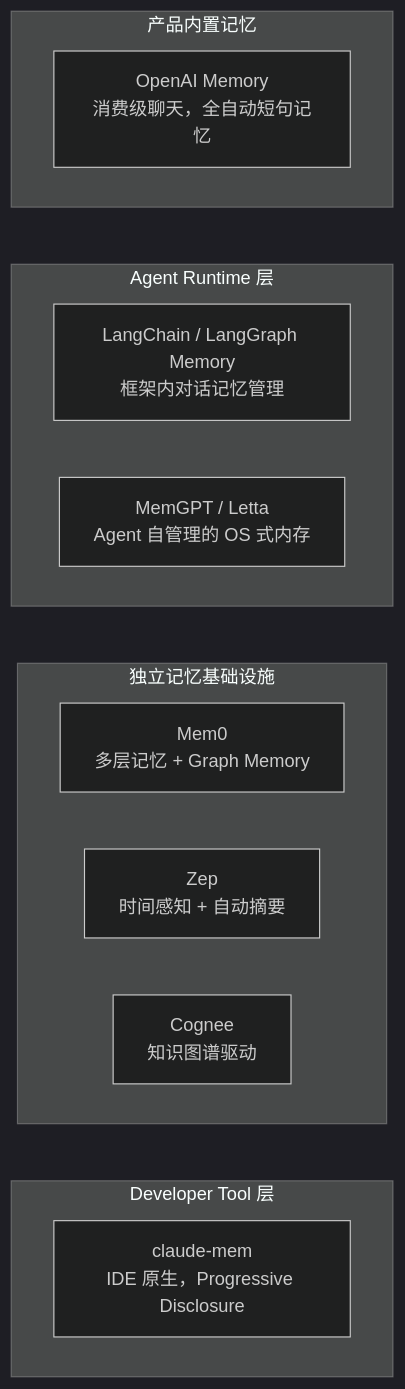
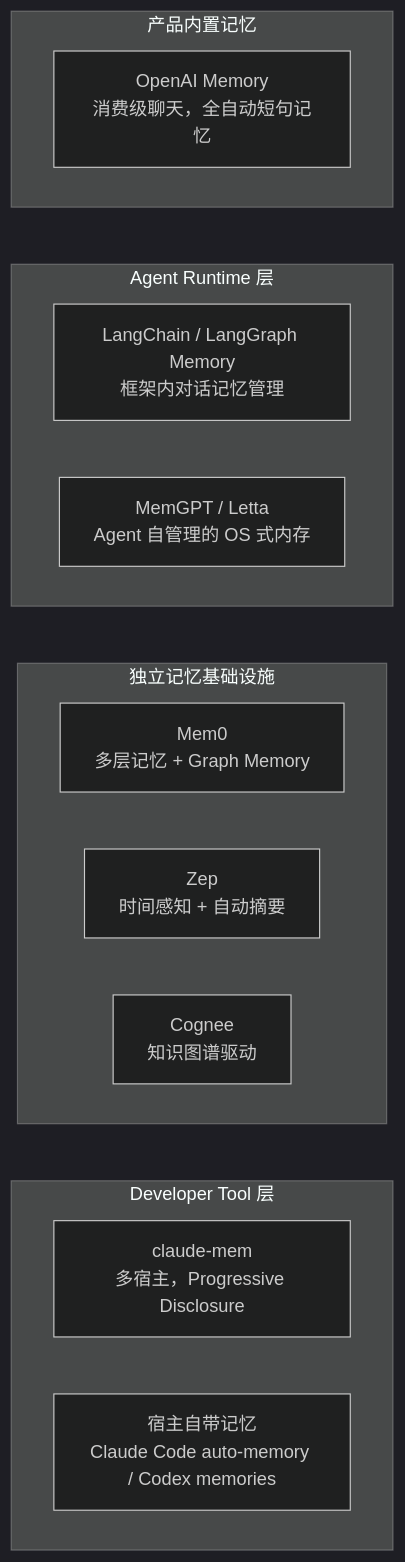
The diagram in 05-enterprise/ch15-industry-survey/README.md (diguike/book-claude-mem), drawn with Mermaid (dark theme) before and after one commit. The commit also changed other lines of this file and 155 other files, not shown here.

First line of the commit message:
docs: second edition for claude-mem v13.35.0

````diff
--- a/05-enterprise/ch15-industry-survey/README.md
+++ b/05-enterprise/ch15-industry-survey/README.md
@@ -242,21 +258,22 @@
 ```mermaid
 graph TB
     subgraph product[产品内置记忆]
         OA["OpenAI Memory<br/>消费级聊天，全自动短句记忆"]
     end
     subgraph runtime[Agent Runtime 层]
         LC["LangChain / LangGraph Memory<br/>框架内对话记忆管理"]
         MG["MemGPT / Letta<br/>Agent 自管理的 OS 式内存"]
     end
     subgraph infra[独立记忆基础设施]
         M0["Mem0<br/>多层记忆 + Graph Memory"]
         ZP["Zep<br/>时间感知 + 自动摘要"]
         CG["Cognee<br/>知识图谱驱动"]
     end
     subgraph devtool[Developer Tool 层]
-        CM["claude-mem<br/>IDE 原生，Progressive Disclosure"]
+        CM["claude-mem<br/>多宿主，Progressive Disclosure"]
+        HN["宿主自带记忆<br/>Claude Code auto-memory / Codex memories"]
     end
     product ~~~ runtime
     runtime ~~~ infra
     infra ~~~ devtool
 ```
````
